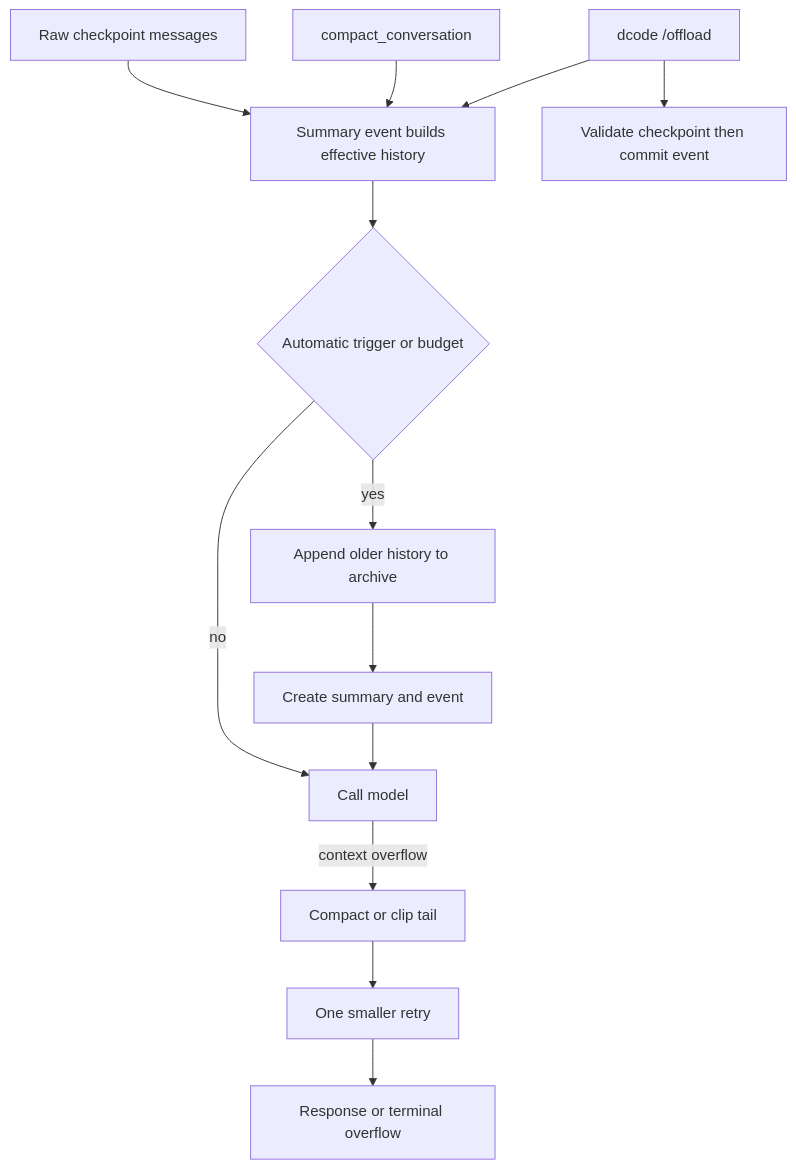
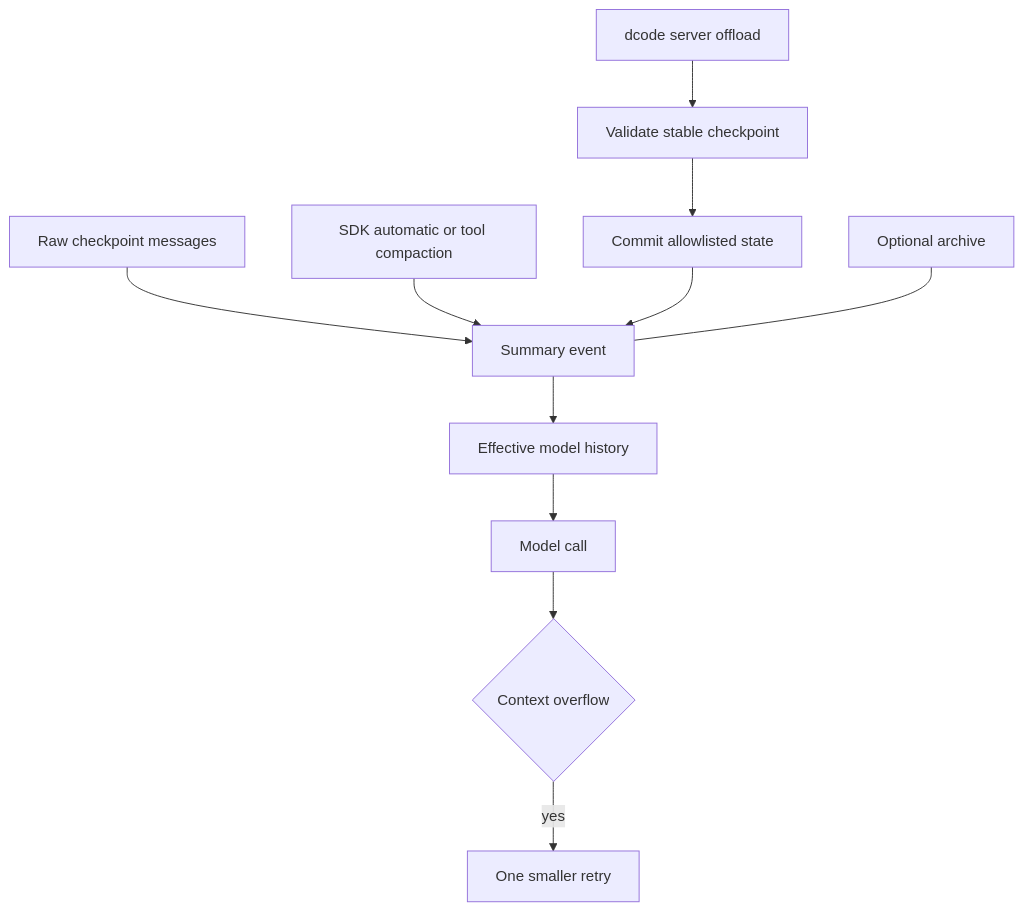
Before and after one commit to langchain-ai/deepagents: the first of 2 diagrams in openwiki/concepts/context-management.md, drawn with Mermaid. The commit also changed other lines of this file and 33 other files, not shown here.

````diff
--- a/openwiki/concepts/context-management.md
+++ b/openwiki/concepts/context-management.md
@@ -43,15 +46,13 @@
 ```mermaid
 flowchart TD
-    Raw["Raw checkpoint messages"] --> Effective["Summary event builds effective history"]
-    Effective --> Decision{"Automatic trigger or budget"}
-    Decision -->|"no"| Call["Call model"]
-    Decision -->|"yes"| Archive["Append older history to archive"]
-    Archive --> Summary["Create summary and event"]
-    Summary --> Call
-    Call -->|"context overflow"| Retry["Compact or clip tail"]
-    Retry --> Reduced["One smaller retry"]
-    Reduced --> Result["Response or terminal overflow"]
-    Manual["compact_conversation"] --> Effective
-    Offload["dcode /offload"] --> Effective
-    Offload --> Commit["Validate checkpoint then commit event"]
+    Raw["Raw checkpoint messages"] --> Event["Summary event"]
+    Event --> Effective["Effective model history"]
+    Effective --> Model["Model call"]
+    Model --> Overflow{"Context overflow"}
+    Overflow -->|"yes"| Retry["One smaller retry"]
+    SDK["SDK automatic or tool compaction"] --> Event
+    Server["dcode server offload"] --> Validate["Validate stable checkpoint"]
+    Validate --> Commit["Commit allowlisted state"]
+    Commit --> Event
+    Archive["Optional archive"] --- Event
 ```
````
